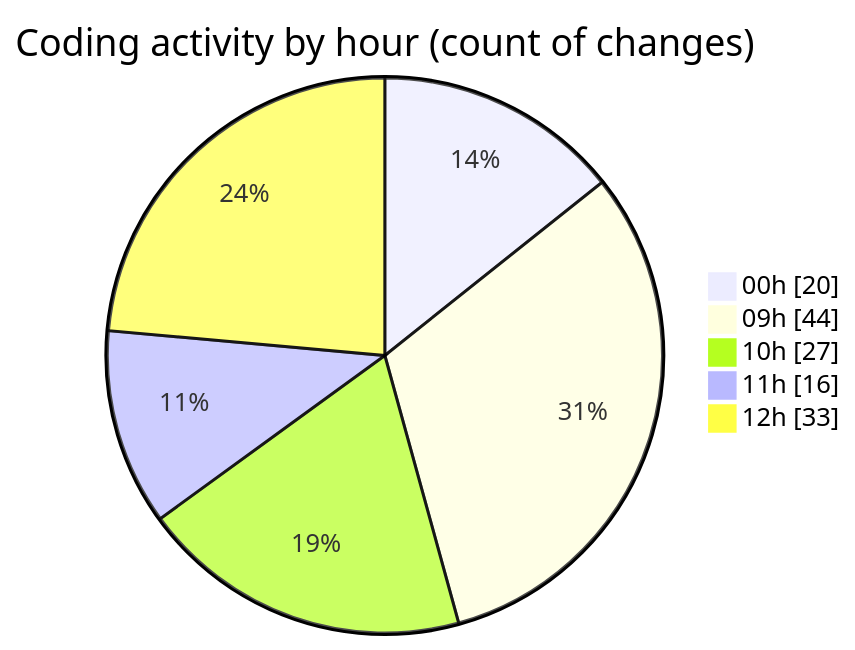
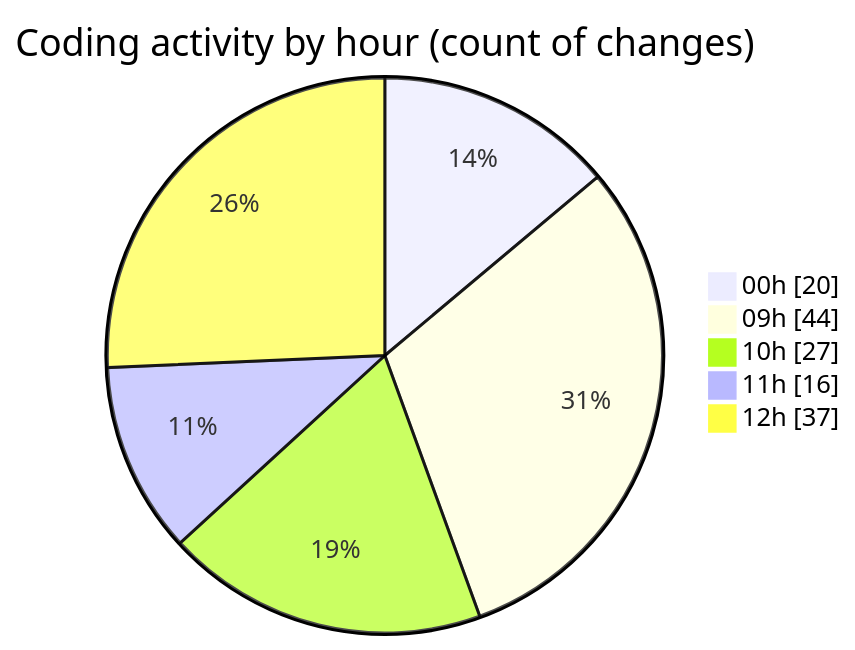
One commit to momahboobian/code-tracking changed the second of 2 diagrams in 2025-03-19/cda/README.md. Above: the diagram before and after it, drawn with Mermaid. The commit also changed other lines of this file and 1 other file, not shown here.

````diff
--- a/2025-03-19/cda/README.md
+++ b/2025-03-19/cda/README.md
@@ -32,9 +32,9 @@
 ```mermaid
 pie showData
 title Coding activity by hour (count of changes)
 "00h" : 20
 "09h" : 44
 "10h" : 27
 "11h" : 16
-"12h" : 33
+"12h" : 37
 ```
````
